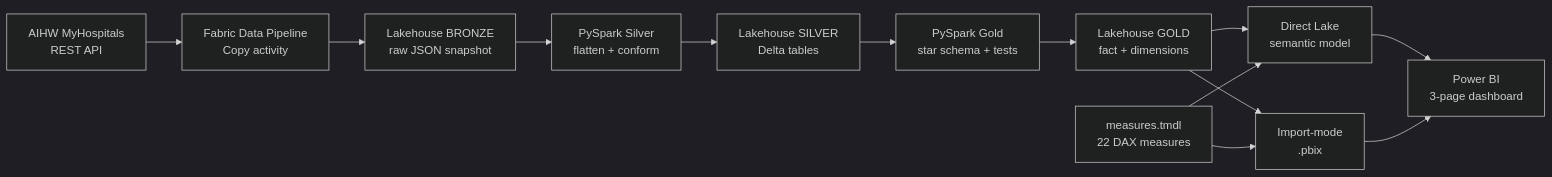
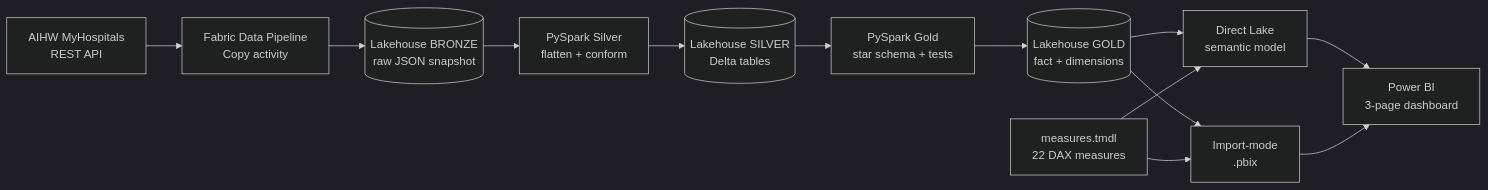
Before and after one commit to Pheluciam/health-analytics-fabric-project: the diagram in README.md, drawn with Mermaid (dark theme). The commit also changed other lines of this file, not shown here.

Commit message:
README: first-person voice, cylinder data stores

````diff
--- a/README.md
+++ b/README.md
@@ -24,15 +24,15 @@
 ```mermaid
 flowchart LR
     A["AIHW MyHospitals<br/>REST API"] --> B["Fabric Data Pipeline<br/>Copy activity"]
-    B --> C["Lakehouse BRONZE<br/>raw JSON snapshot"]
+    B --> C[("Lakehouse BRONZE<br/>raw JSON snapshot")]
     C --> D["PySpark Silver<br/>flatten + conform"]
-    D --> E["Lakehouse SILVER<br/>Delta tables"]
+    D --> E[("Lakehouse SILVER<br/>Delta tables")]
     E --> F["PySpark Gold<br/>star schema + tests"]
-    F --> G["Lakehouse GOLD<br/>fact + dimensions"]
+    F --> G[("Lakehouse GOLD<br/>fact + dimensions")]
     G --> H["Direct Lake<br/>semantic model"]
     G --> I["Import-mode<br/>.pbix"]
     M["measures.tmdl<br/>22 DAX measures"] --> H
     M --> I
     H --> J["Power BI<br/>3-page dashboard"]
     I --> J
 ```
````
